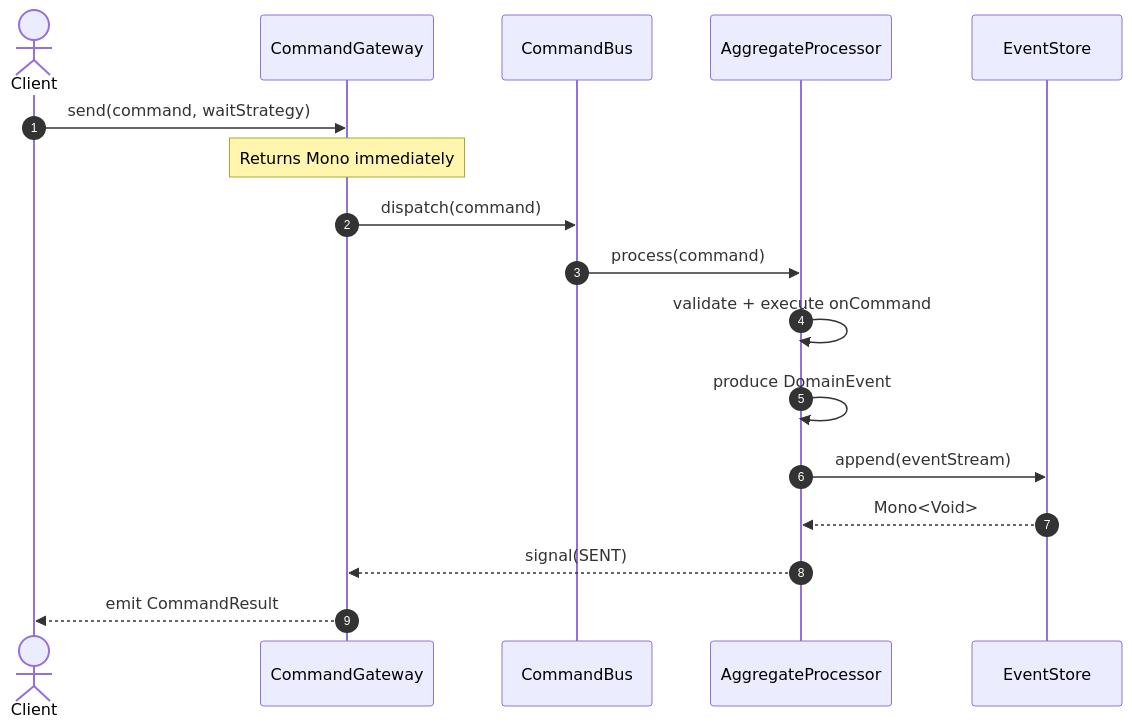
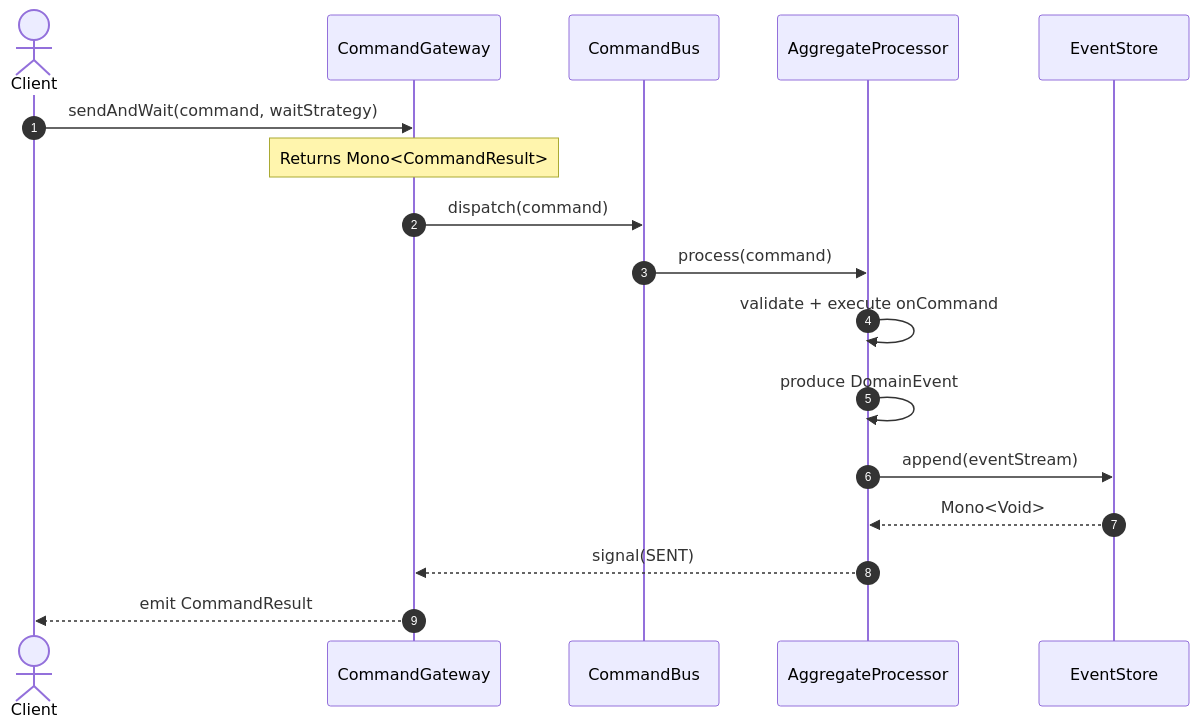
One commit to Ahoo-Wang/Wow changed the second of 9 diagrams in documentation/docs/en/onboarding/contributor-guide.md. Above: the diagram before and after it, drawn with Mermaid. The commit also changed other lines of this file and 17 other files, not shown here.

First line of the commit message:
refactor(core): hide wait-strategy send API

````diff
--- a/documentation/docs/en/onboarding/contributor-guide.md
+++ b/documentation/docs/en/onboarding/contributor-guide.md
@@ -95,20 +95,20 @@
 ```mermaid
 sequenceDiagram
     autonumber
     actor Client
     participant GW as CommandGateway
     participant CB as CommandBus
     participant AP as AggregateProcessor
     participant ES as EventStore
 
-    Client->>GW: send(command, waitStrategy)
-    Note over GW: Returns Mono immediately
+    Client->>GW: sendAndWait(command, waitStrategy)
+    Note over GW: Returns Mono<CommandResult>
     GW->>CB: dispatch(command)
     CB->>AP: process(command)
     AP->>AP: validate + execute onCommand
     AP->>AP: produce DomainEvent
     AP->>ES: append(eventStream)
     ES-->>AP: Mono<Void>
     AP-->>GW: signal(SENT)
     GW-->>Client: emit CommandResult
 ```
````
